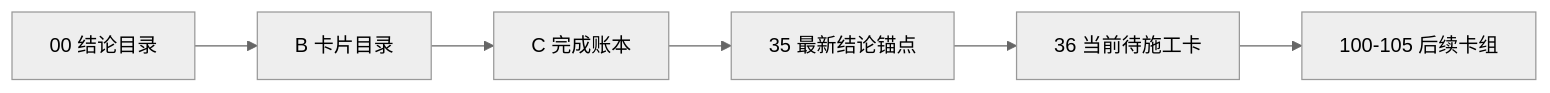
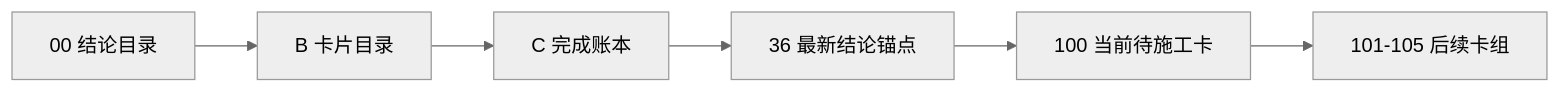
Before and after one commit to everything-is-simple/lifespan-0.01: the diagram in docs/03-execution/A-execution-reading-order-20260409.md, drawn with Mermaid (neutral theme). The commit also changed other lines of this file and 17 other files, not shown here.

````diff
--- a/docs/03-execution/A-execution-reading-order-20260409.md
+++ b/docs/03-execution/A-execution-reading-order-20260409.md
@@ -24,8 +24,8 @@
 ```mermaid
 flowchart LR
     CONC["00 结论目录"] --> BCAT["B 卡片目录"]
     BCAT --> CLED["C 完成账本"]
-    CLED --> ANC["35 最新结论锚点"]
-    ANC --> NEXT["36 当前待施工卡"]
-    NEXT --> POST["100-105 后续卡组"]
+    CLED --> ANC["36 最新结论锚点"]
+    ANC --> NEXT["100 当前待施工卡"]
+    NEXT --> POST["101-105 后续卡组"]
 ```
````
